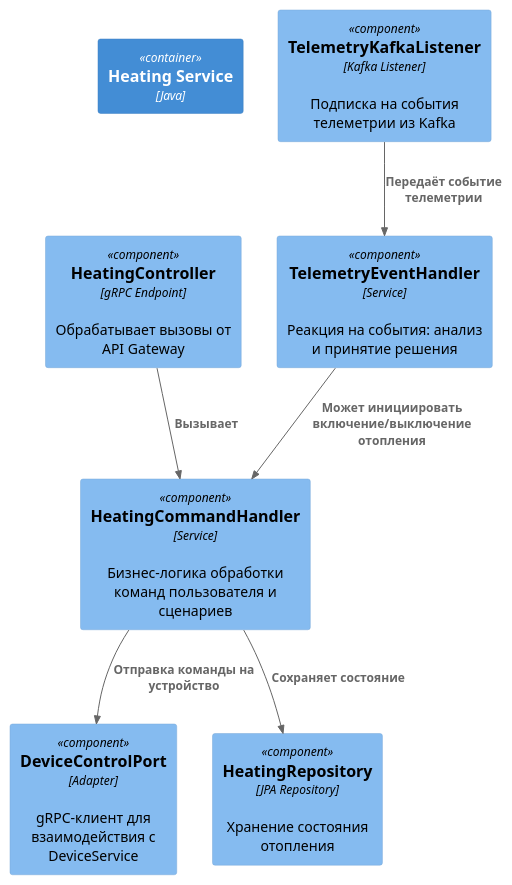
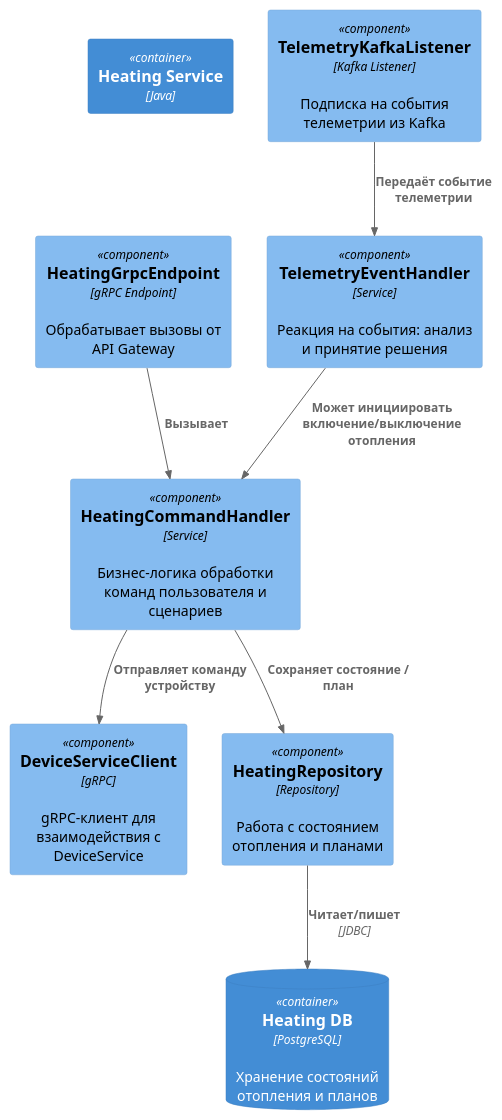
Before and after one commit to vladislavego/architecture-warmhouse: the diagram in diagrams/component/Heating_Component.puml, drawn with PlantUML. The commit also changed 11 other files, not shown here.

```diff
--- a/diagrams/component/Heating_Component.puml
+++ b/diagrams/component/Heating_Component.puml
@@ -1,19 +1,21 @@
 @startuml HeatingService_Component
 !includeurl https://raw.githubusercontent.com/plantuml-stdlib/C4-PlantUML/master/C4_Component.puml
 
 Container(heatingService, "Heating Service", "Java")
 
-Component(api, "HeatingController", "gRPC Endpoint", "Обрабатывает вызовы от API Gateway")
+Component(api, "HeatingGrpcEndpoint", "gRPC Endpoint", "Обрабатывает вызовы от API Gateway")
 Component(handler, "HeatingCommandHandler", "Service", "Бизнес-логика обработки команд пользователя и сценариев")
-Component(adapter, "DeviceControlPort", "Adapter", "gRPC-клиент для взаимодействия с DeviceService")
-Component(repo, "HeatingRepository", "JPA Repository", "Хранение состояния отопления")
+Component(adapter, "DeviceServiceClient", "gRPC", "gRPC-клиент для взаимодействия с DeviceService")
+Component(repo, "HeatingRepository", "Repository", "Работа с состоянием отопления и планами")
 Component(kafkaListener, "TelemetryKafkaListener", "Kafka Listener", "Подписка на события телеметрии из Kafka")
 Component(eventHandler, "TelemetryEventHandler", "Service", "Реакция на события: анализ и принятие решения")
+ContainerDb(heatingDb, "Heating DB", "PostgreSQL", "Хранение состояний отопления и планов")
 
 Rel(api, handler, "Вызывает")
-Rel(handler, adapter, "Отправка команды на устройство")
-Rel(handler, repo, "Сохраняет состояние")
+Rel(handler, adapter, "Отправляет команду устройству")
+Rel(handler, repo, "Сохраняет состояние / план")
+Rel(repo, heatingDb, "Читает/пишет", "JDBC")
 Rel(kafkaListener, eventHandler, "Передаёт событие телеметрии")
 Rel(eventHandler, handler, "Может инициировать включение/выключение отопления")
 
 @enduml
```
